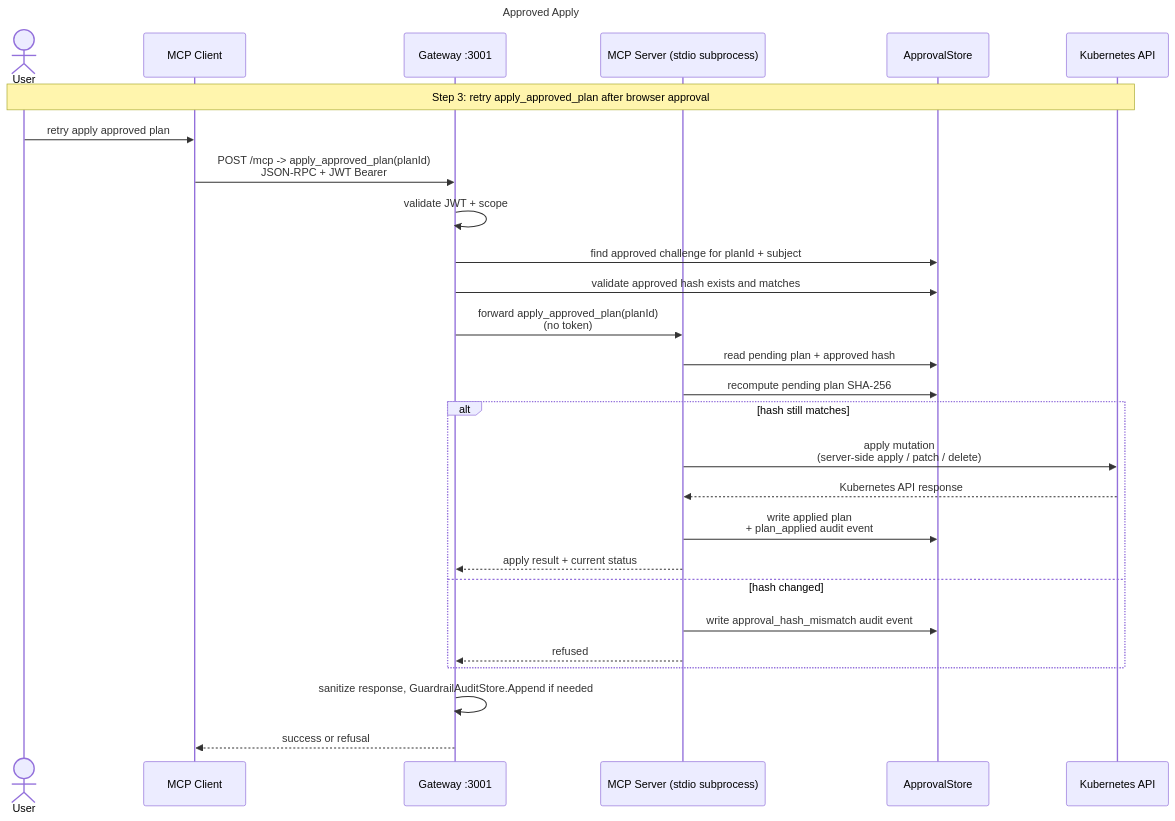
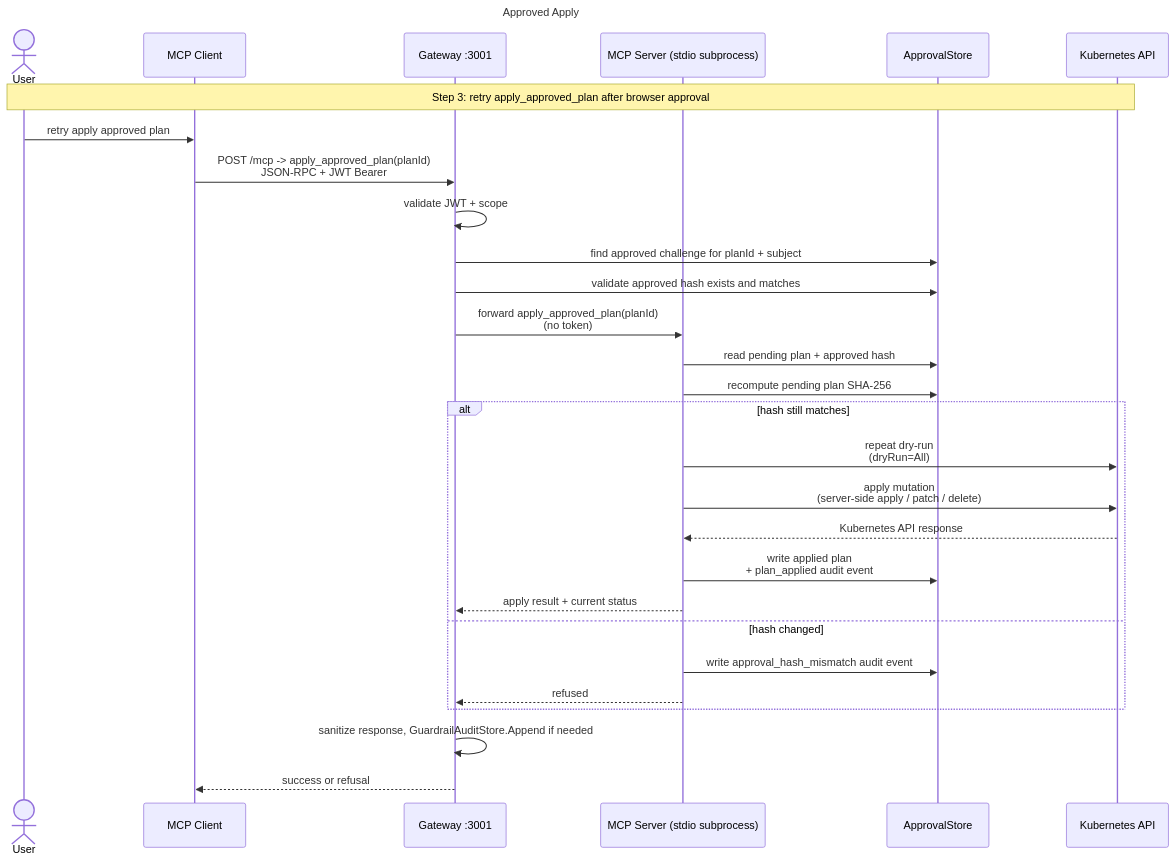
One commit to mirusser/Kubernetes-MCP-Guard changed the sixth of 7 diagrams in docs/architecture.md. Above: the diagram before and after it, drawn with Mermaid. The commit also changed other lines of this file and 28 other files, not shown here.

Commit message:
feat: server side dry run before approval

````diff
--- a/docs/architecture.md
+++ b/docs/architecture.md
@@ -252,36 +252,37 @@
 ```mermaid
 ---
 title: Approved Apply
 ---
 sequenceDiagram
     actor User
     participant Client as MCP Client
     participant GW as Gateway :3001
     participant Svr as MCP Server (stdio subprocess)
     participant Store as ApprovalStore
     participant K8s as Kubernetes API
 
     Note over User,K8s: Step 3: retry apply_approved_plan after browser approval
 
     User->>Client: retry apply approved plan
     Client->>GW: POST /mcp -> apply_approved_plan(planId)<br/>JSON-RPC + JWT Bearer
     GW->>GW: validate JWT + scope
     GW->>Store: find approved challenge for planId + subject
     GW->>Store: validate approved hash exists and matches
     GW->>Svr: forward apply_approved_plan(planId)<br/>(no token)
 
     Svr->>Store: read pending plan + approved hash
     Svr->>Store: recompute pending plan SHA-256
     alt hash still matches
+        Svr->>K8s: repeat dry-run<br/>(dryRun=All)
         Svr->>K8s: apply mutation<br/>(server-side apply / patch / delete)
         K8s-->>Svr: Kubernetes API response
         Svr->>Store: write applied plan<br/>+ plan_applied audit event
         Svr-->>GW: apply result + current status
     else hash changed
         Svr->>Store: write approval_hash_mismatch audit event
         Svr-->>GW: refused
     end
 
     GW->>GW: sanitize response, GuardrailAuditStore.Append if needed
     GW-->>Client: success or refusal
 ```
````
